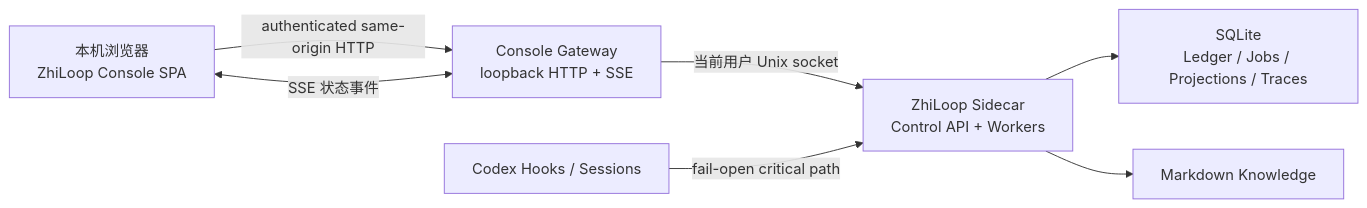
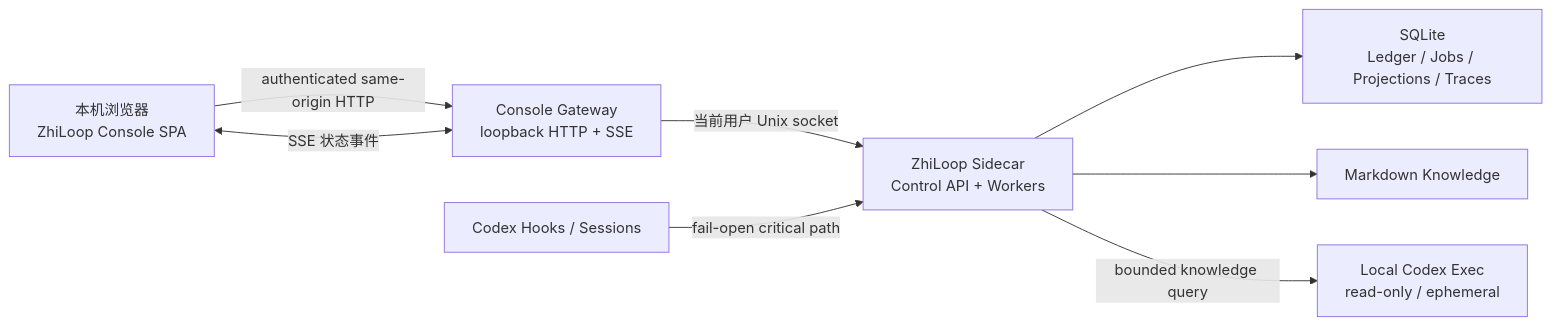
Before and after one commit to smarteacup/ZhiLoop: the third of 5 diagrams in docs/design/zhiloop-console-tdd.md, drawn with Mermaid. The commit also changed other lines of this file, not shown here.

````diff
--- a/docs/design/zhiloop-console-tdd.md
+++ b/docs/design/zhiloop-console-tdd.md
@@ -405,16 +505,18 @@
 ```mermaid
 flowchart LR
     B["本机浏览器\nZhiLoop Console SPA"]
     G["Console Gateway\nloopback HTTP + SSE"]
     S["ZhiLoop Sidecar\nControl API + Workers"]
     DB["SQLite\nLedger / Jobs / Projections / Traces"]
     MD["Markdown Knowledge"]
     CX["Codex Hooks / Sessions"]
+    CE["Local Codex Exec\nread-only / ephemeral"]
 
     B -->|"authenticated same-origin HTTP"| G
     B <-->|"SSE 状态事件"| G
     G -->|"当前用户 Unix socket"| S
     CX -->|"fail-open critical path"| S
     S --> DB
     S --> MD
+    S -->|"bounded knowledge query"| CE
 ```
````
